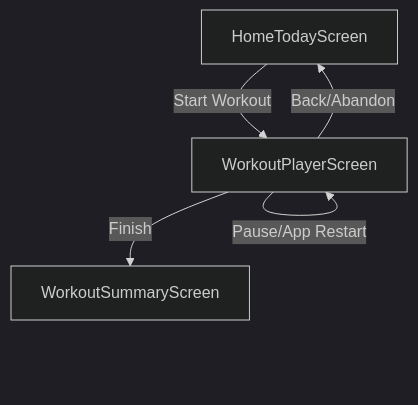
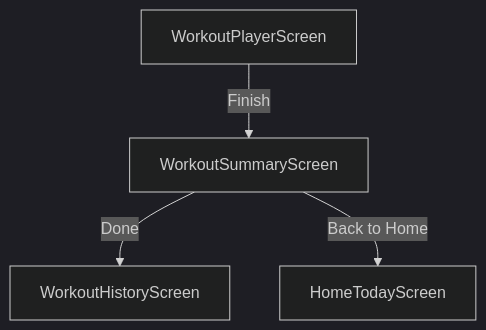
One commit to ceditech/MonaFitXP changed the diagram in WorkoutAssist/docs/delivery/artifacts/Epic-0.5-WorkoutPlayer/ImplementationPlan.md. Above: the diagram before and after it, drawn with Mermaid (dark theme). The commit also changed other lines of this file and 6 other files, not shown here.

Commit message:
feat: workout summary recap

````diff
--- a/WorkoutAssist/docs/delivery/artifacts/Epic-0.5-WorkoutPlayer/ImplementationPlan.md
+++ b/WorkoutAssist/docs/delivery/artifacts/Epic-0.5-WorkoutPlayer/ImplementationPlan.md
@@ -4,7 +6,6 @@
 ```mermaid
 graph TD
-    Home[HomeTodayScreen] -- "Start Workout" --> Player[WorkoutPlayerScreen]
-    Player -- "Pause/App Restart" --> Player
-    Player -- "Finish" --> Summary[WorkoutSummaryScreen]
-    Player -- "Back/Abandon" --> Home
+    Player[WorkoutPlayerScreen] -- "Finish" --> Summary[WorkoutSummaryScreen]
+    Summary -- "Done" --> History[WorkoutHistoryScreen]
+    Summary -- "Back to Home" --> Home[HomeTodayScreen]
 ```
````
